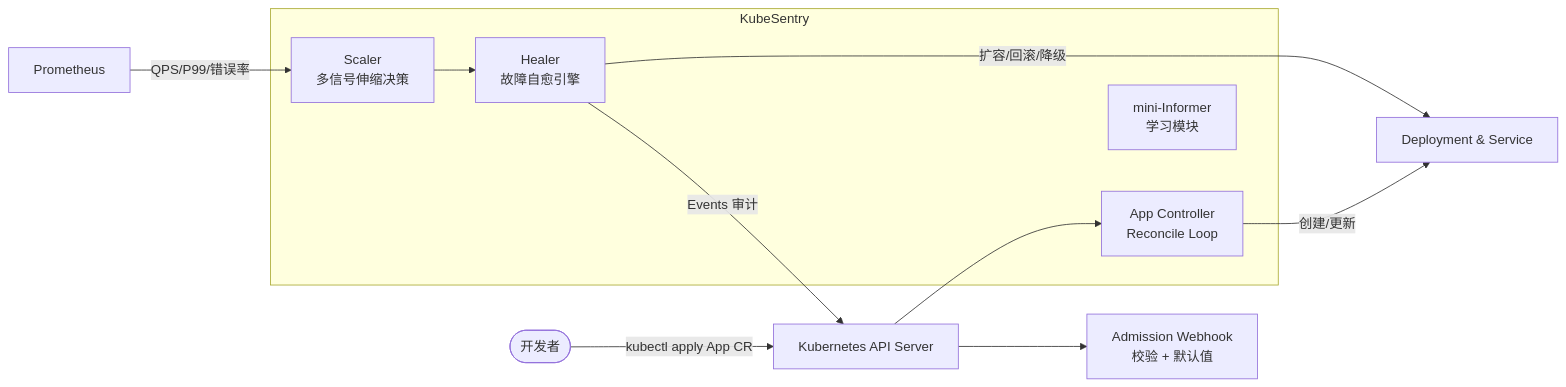
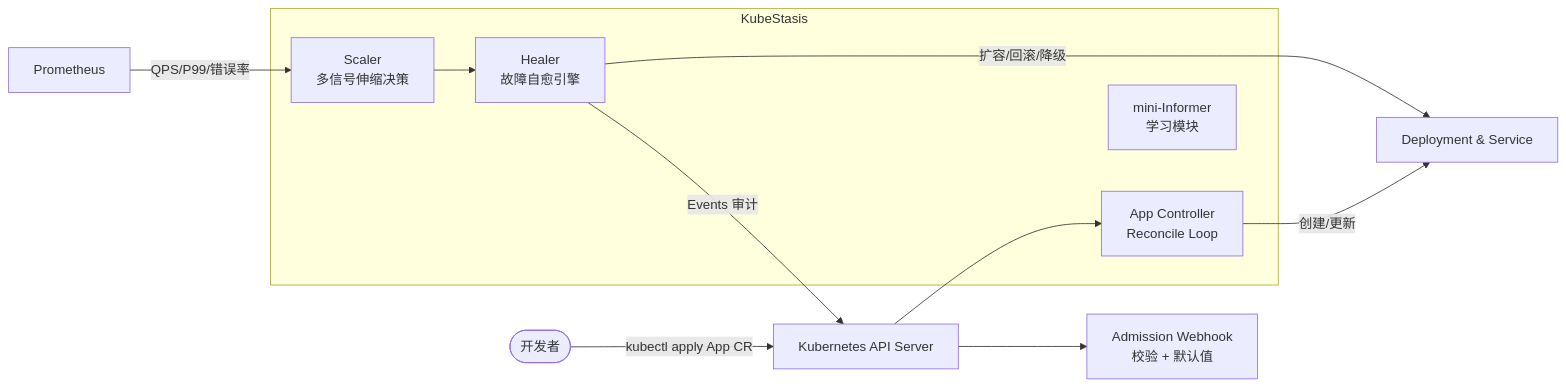
Before and after one commit to weirong-ui/kubesentry: the diagram in README.md, drawn with Mermaid. The commit also changed other lines of this file and 45 other files, not shown here.

First line of the commit message:
feat(p3): Admission Webhook + 评审修复（冲突写路径/魔法数字可配/CI 覆盖 P2）+ 更名 KubeStasis

````diff
--- a/README.md
+++ b/README.md
@@ -68,17 +68,17 @@
 ```mermaid
 flowchart LR
     User([开发者]) -->|kubectl apply App CR| API[Kubernetes API Server]
     API --> WH[Admission Webhook<br/>校验 + 默认值]
-    subgraph KubeSentry
+    subgraph KubeStasis
         C[App Controller<br/>Reconcile Loop]
         S[Scaler<br/>多信号伸缩决策]
         H[Healer<br/>故障自愈引擎]
         MI[mini-Informer<br/>学习模块]
     end
     API --> C
     C -->|创建/更新| D[Deployment & Service]
     P[Prometheus] -->|QPS/P99/错误率| S
     S --> H
     H -->|扩容/回滚/降级| D
     H -->|Events 审计| API
 ```
````
